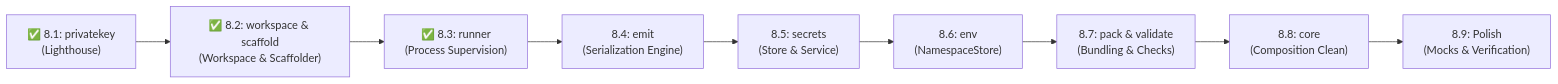
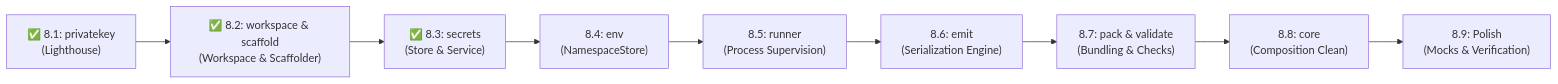
Before and after one commit to go-envx/envx: the second of 2 diagrams in .plans/20260924-di-refactor.md, drawn with Mermaid. The commit also changed other lines of this file and 187 other files, not shown here.

````diff
--- a/.plans/20260924-di-refactor.md
+++ b/.plans/20260924-di-refactor.md
@@ -1172,11 +1154,11 @@
 ```mermaid
 flowchart LR
     Sub81["✅ 8.1: privatekey<br/>(Lighthouse)"] --> Sub82["✅ 8.2: workspace & scaffold<br/>(Workspace & Scaffolder)"]
-    Sub82 --> Sub83["✅ 8.3: runner<br/>(Process Supervision)"]
-    Sub83 --> Sub84["8.4: emit<br/>(Serialization Engine)"]
-    Sub84 --> Sub85["8.5: secrets<br/>(Store & Service)"]
-    Sub85 --> Sub86["8.6: env<br/>(NamespaceStore)"]
+    Sub82 --> Sub83["✅ 8.3: secrets<br/>(Store & Service)"]
+    Sub83 --> Sub84["8.4: env<br/>(NamespaceStore)"]
+    Sub84 --> Sub85["8.5: runner<br/>(Process Supervision)"]
+    Sub85 --> Sub86["8.6: emit<br/>(Serialization Engine)"]
     Sub86 --> Sub87["8.7: pack & validate<br/>(Bundling & Checks)"]
     Sub87 --> Sub88["8.8: core<br/>(Composition Clean)"]
     Sub88 --> Sub89["8.9: Polish<br/>(Mocks & Verification)"]
 ```
````
